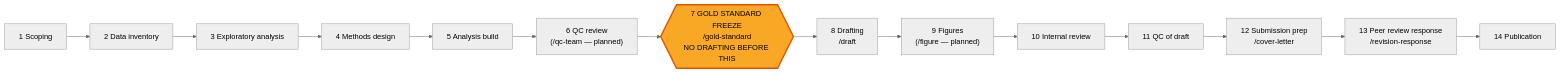
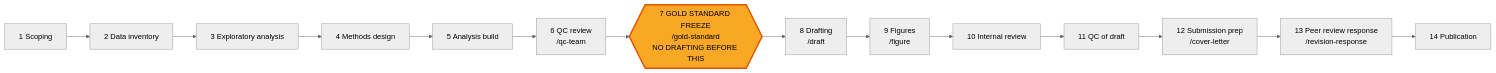
Before and after one commit to rchoularton/wren: the second of 3 diagrams in docs/concepts.md, drawn with Mermaid (neutral theme). The commit also changed other lines of this file and 9 other files, not shown here.

````diff
--- a/docs/concepts.md
+++ b/docs/concepts.md
@@ -42,14 +72,14 @@
 ```mermaid
 flowchart LR
     P1[1 Scoping] --> P2[2 Data inventory] --> P3[3 Exploratory analysis] --> P4[4 Methods design] --> P5[5 Analysis build]
-    P5 --> P6["6 QC review<br/>(/qc-team — planned)"]
+    P5 --> P6["6 QC review<br/>/qc-team"]
     P6 --> P7{{"7 GOLD STANDARD FREEZE<br/>/gold-standard<br/>NO DRAFTING BEFORE THIS"}}
     P7 --> P8["8 Drafting<br/>/draft"]
-    P8 --> P9["9 Figures<br/>(/figure — planned)"]
+    P8 --> P9["9 Figures<br/>/figure"]
     P9 --> P10[10 Internal review] --> P11[11 QC of draft]
     P11 --> P12["12 Submission prep<br/>/cover-letter"]
     P12 --> P13["13 Peer review response<br/>/revision-response"]
     P13 --> P14[14 Publication]
 
     style P7 fill:#f9a825,stroke:#e65100,stroke-width:3px,color:#000
 ```
````
